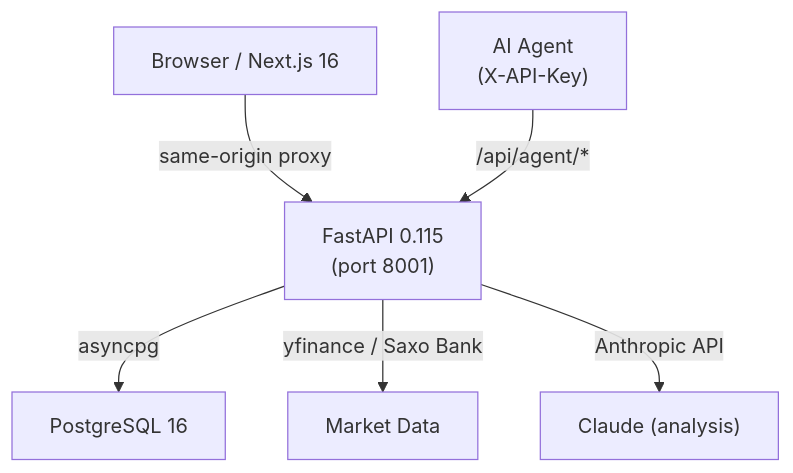
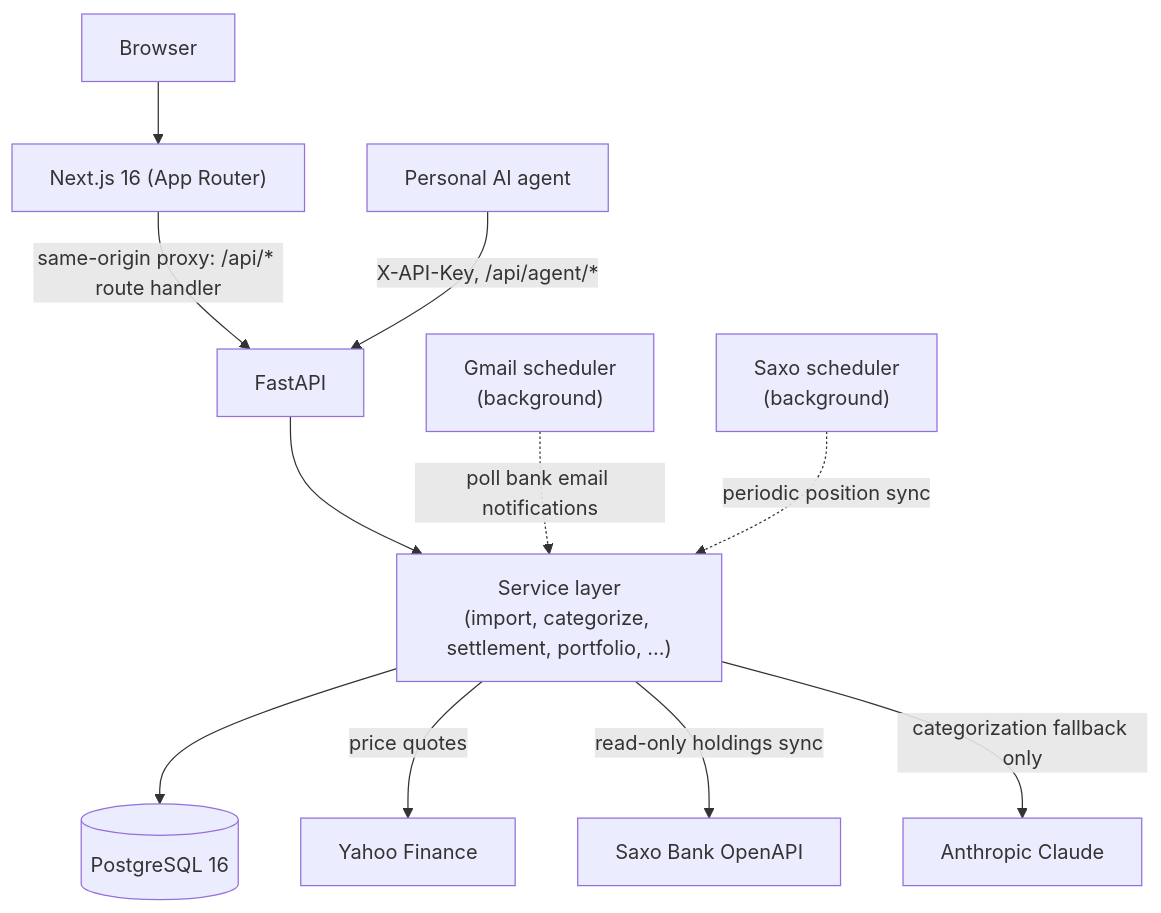
The diagram in README.md (Pineacles/finpilot), drawn with Mermaid before and after one commit. The commit also changed other lines of this file and 12 other files, not shown here.

First line of the commit message:
test/docs/chore: import & categorization test coverage, README rewrite, demo seed, CI sync

````diff
--- a/README.md
+++ b/README.md
@@ -10,8 +46,16 @@
 ```mermaid
 graph TD
-    Browser["Browser / Next.js 16"] -->|same-origin proxy| API["FastAPI 0.115\n(port 8001)"]
-    API -->|asyncpg| DB["PostgreSQL 16"]
-    API -->|yfinance / Saxo Bank| Markets["Market Data"]
-    Agent["AI Agent\n(X-API-Key)"] -->|/api/agent/*| API
-    API -->|Anthropic API| LLM["Claude (analysis)"]
+    Browser["Browser"] --> NextJS["Next.js 16 (App Router)"]
+    NextJS -->|same-origin proxy: /api/* route handler| API["FastAPI"]
+    API --> Services["Service layer\n(import, categorize, settlement, portfolio, ...)"]
+    Services --> DB[(PostgreSQL 16)]
+
+    GmailJob["Gmail scheduler\n(background)"] -.->|poll bank email notifications| Services
+    SaxoJob["Saxo scheduler\n(background)"] -.->|periodic position sync| Services
+
+    Services -->|price quotes| Yahoo["Yahoo Finance"]
+    Services -->|read-only holdings sync| Saxo["Saxo Bank OpenAPI"]
+    Services -->|categorization fallback only| Claude["Anthropic Claude"]
+
+    Agent["Personal AI agent"] -->|X-API-Key, /api/agent/*| API
 ```
````
